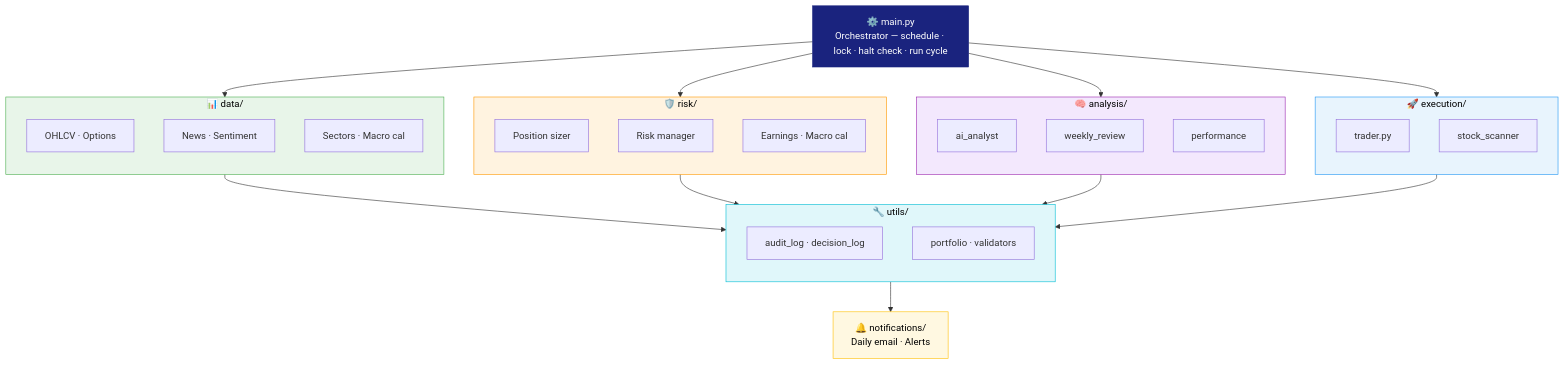
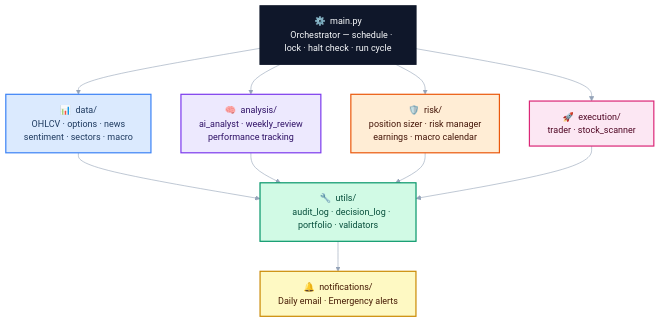
The second of 2 diagrams in README.md (samchatterley/investor-bot), drawn with Mermaid before and after one commit. The commit also changed other lines of this file, not shown here.

Commit message:
Improve Mermaid diagram design
- Consistent colour palette across both diagrams (blue/purple/green/orange/pink)
- classDef for clean, reusable node styles
- init themeVariables for font size and line colour
- Workflow: merged context-build into market context node, tightened labels,
  removed redundant step, added stop coverage to execute node
- Architecture: replaced subgraphs with single styled nodes, use & syntax
  for clean fan-out and fan-in edges, dark navy orchestrator node

````diff
--- a/README.md
+++ b/README.md
@@ -54,59 +64,39 @@
 ```mermaid
-flowchart TD
-    MAIN["⚙️ main.py\nOrchestrator — schedule · lock · halt check · run cycle"]
+%%{init: {'theme': 'base', 'themeVariables': {'fontSize': '15px', 'lineColor': '#94a3b8'}}}%%
+flowchart TB
+    classDef main     fill:#0f172a,stroke:#0f172a,color:#f8fafc,stroke-width:2px
+    classDef data     fill:#dbeafe,stroke:#3b82f6,stroke-width:2px,color:#1e3a5f
+    classDef analysis fill:#ede9fe,stroke:#7c3aed,stroke-width:2px,color:#2e1065
+    classDef risk     fill:#ffedd5,stroke:#ea580c,stroke-width:2px,color:#431407
+    classDef exec     fill:#fce7f3,stroke:#db2777,stroke-width:2px,color:#500724
+    classDef utils    fill:#d1fae5,stroke:#059669,stroke-width:2px,color:#064e3b
+    classDef notif    fill:#fef9c3,stroke:#ca8a04,stroke-width:2px,color:#451a03
 
-    subgraph DATA["📊 data/"]
-        direction TB
-        D1["OHLCV · Options"]
-        D2["News · Sentiment"]
-        D3["Sectors · Macro cal"]
-    end
+    MAIN["⚙️ &nbsp;main.py
+    Orchestrator — schedule · lock · halt check · run cycle"]:::main
 
-    subgraph RISK["🛡️ risk/"]
-        direction TB
-        R1["Position sizer"]
-        R2["Risk manager"]
-        R3["Earnings · Macro cal"]
-    end
+    DATA["📊 &nbsp;data/
+    OHLCV · options · news
+    sentiment · sectors · macro"]:::data
 
-    subgraph ANALYSIS["🧠 analysis/"]
-        direction TB
-        A1["ai_analyst"]
-        A2["weekly_review"]
-        A3["performance"]
-    end
+    ANALYSIS["🧠 &nbsp;analysis/
+    ai_analyst · weekly_review
+    performance tracking"]:::analysis
 
-    subgraph EXEC["🚀 execution/"]
-        direction TB
-        E1["trader.py"]
-        E2["stock_scanner"]
-    end
+    RISK["🛡️ &nbsp;risk/
+    position sizer · risk manager
+    earnings · macro calendar"]:::risk
 
-    subgraph UTILS["🔧 utils/"]
-        direction TB
-        U1["audit_log · decision_log"]
-        U2["portfolio · validators"]
-    end
+    EXEC["🚀 &nbsp;execution/
+    trader · stock_scanner"]:::exec
 
-    NOTIF["🔔 notifications/\nDaily email · Alerts"]
+    UTILS["🔧 &nbsp;utils/
+    audit_log · decision_log · portfolio · validators"]:::utils
 
-    MAIN --> DATA
-    MAIN --> RISK
-    MAIN --> ANALYSIS
-    MAIN --> EXEC
+    NOTIF["🔔 &nbsp;notifications/
+    Daily email · Emergency alerts"]:::notif
 
-    DATA --> UTILS
-    RISK --> UTILS
-    ANALYSIS --> UTILS
-    EXEC --> UTILS
-
+    MAIN --> DATA & ANALYSIS & RISK & EXEC
+    DATA & ANALYSIS & RISK & EXEC --> UTILS
     UTILS --> NOTIF
-
-    style MAIN fill:#1a237e,color:#fff,stroke:#1a237e
-    style DATA fill:#e8f5e9,stroke:#4CAF50,color:#000
-    style RISK fill:#fff3e0,stroke:#FF9800,color:#000
-    style ANALYSIS fill:#f3e8fd,stroke:#9C27B0,color:#000
-    style EXEC fill:#e8f4fd,stroke:#2196F3,color:#000
-    style UTILS fill:#e0f7fa,stroke:#00BCD4,color:#000
-    style NOTIF fill:#fff8e1,stroke:#FFC107,color:#000
 ```
````
